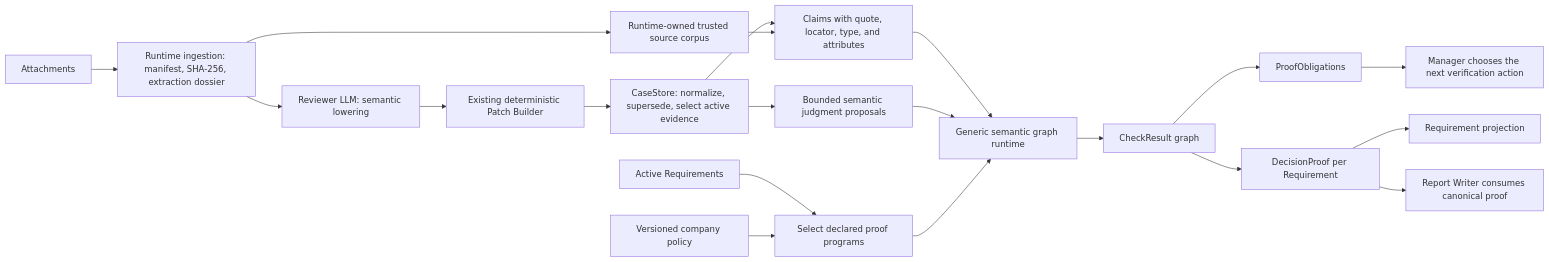
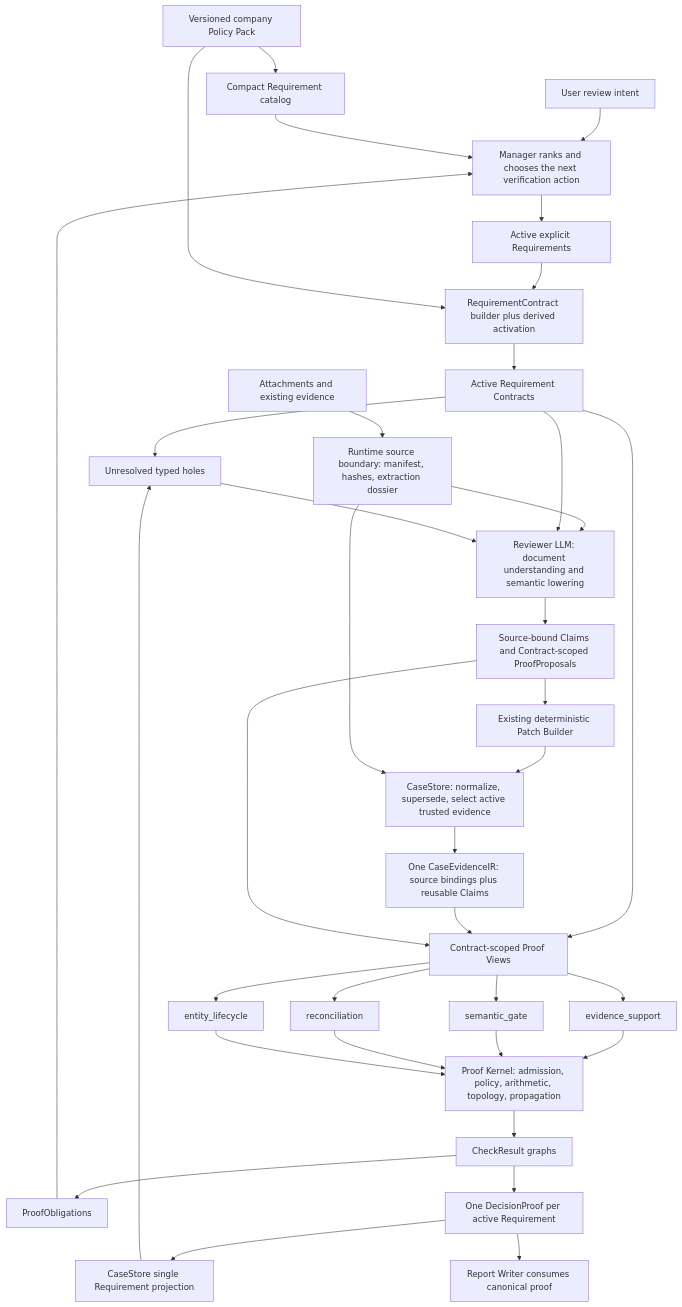
Before and after one commit to Sanssssssssssssssss/invoice-case-workbench-openai-sdk: the diagram in docs/PROOF_CARRYING_EVIDENCE_COMPILER.md, drawn with Mermaid. The commit also changed other lines of this file and 88 other files, not shown here.

````diff
--- a/docs/PROOF_CARRYING_EVIDENCE_COMPILER.md
+++ b/docs/PROOF_CARRYING_EVIDENCE_COMPILER.md
@@ -7,22 +9,38 @@
 ```mermaid
-flowchart LR
-    A["Attachments"] --> I["Runtime ingestion: manifest, SHA-256, extraction dossier"]
-    I --> R["Reviewer LLM: semantic lowering"]
-    I --> T["Runtime-owned trusted source corpus"]
-    R --> P["Existing deterministic Patch Builder"]
-    P --> S["CaseStore: normalize, supersede, select active evidence"]
-    S --> C["Claims with quote, locator, type, and attributes"]
-    T --> C
-    S --> J["Bounded semantic judgment proposals"]
-    Q["Active Requirements"] --> X["Select declared proof programs"]
-    V["Versioned company policy"] --> X
-    C --> G["Generic semantic graph runtime"]
-    J --> G
-    X --> G
-    G --> K["CheckResult graph"]
-    K --> O["ProofObligations"]
-    K --> D["DecisionProof per Requirement"]
-    D --> S2["Requirement projection"]
-    O --> M["Manager chooses the next verification action"]
-    D --> W["Report Writer consumes canonical proof"]
+flowchart TD
+    U["User review intent"] --> MG["Manager: choose Policy profile or explicit Requirements"]
+    P["Versioned company Policy Pack"] --> CAT["Compact Requirement catalog"]
+    CAT --> MG
+    MG --> Q["Active explicit Requirements"]
+    A["Attachments and existing evidence"] --> R["Runtime source boundary: manifest, hashes, extraction dossier"]
+    Q --> B["RequirementContract builder plus derived activation"]
+    P --> B
+    B --> C["Active Requirement Contracts"]
+    C --> H["Unresolved typed holes"]
+    R --> L["Reviewer LLM: document understanding and semantic lowering"]
+    C --> L
+    H --> L
+    L --> X["Source-bound Claims and Contract-scoped ProofProposals"]
+    X --> W["Existing deterministic Patch Builder"]
+    W --> S["CaseStore: normalize, supersede, select active trusted evidence"]
+    R --> S
+    S --> IR["One CaseEvidenceIR: source bindings plus reusable Claims"]
+    C --> V["Contract-scoped Proof Views"]
+    IR --> V
+    X --> V
+    V --> E["evidence_support"]
+    V --> G["semantic_gate"]
+    V --> M["reconciliation"]
+    V --> Y["entity_lifecycle"]
+    E --> K["Proof Kernel: admission, policy, arithmetic, topology, propagation"]
+    G --> K
+    M --> K
+    Y --> K
+    K --> CR["CheckResult graphs"]
+    CR --> O["ProofObligations"]
+    CR --> D["One DecisionProof per active Requirement"]
+    D --> SP["CaseStore single Requirement projection"]
+    O --> MG["Manager ranks and chooses the next verification action"]
+    D --> RW["Report Writer consumes canonical proof"]
+    SP --> H
 ```
````
